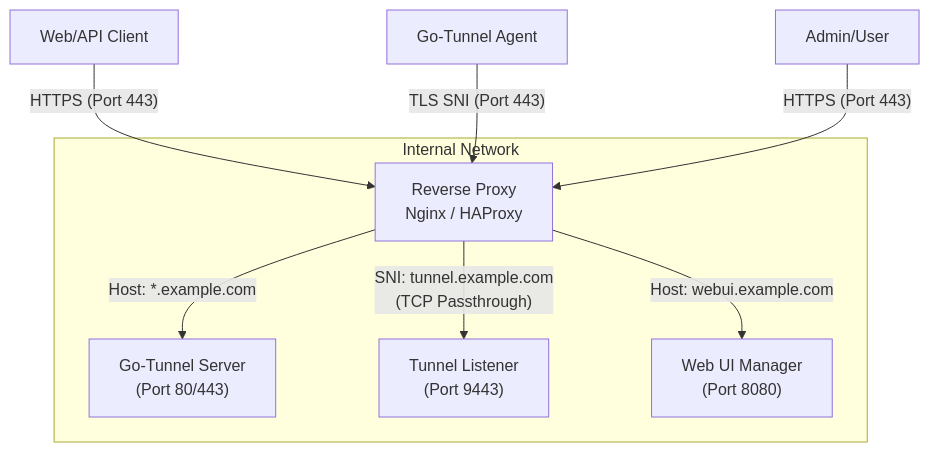
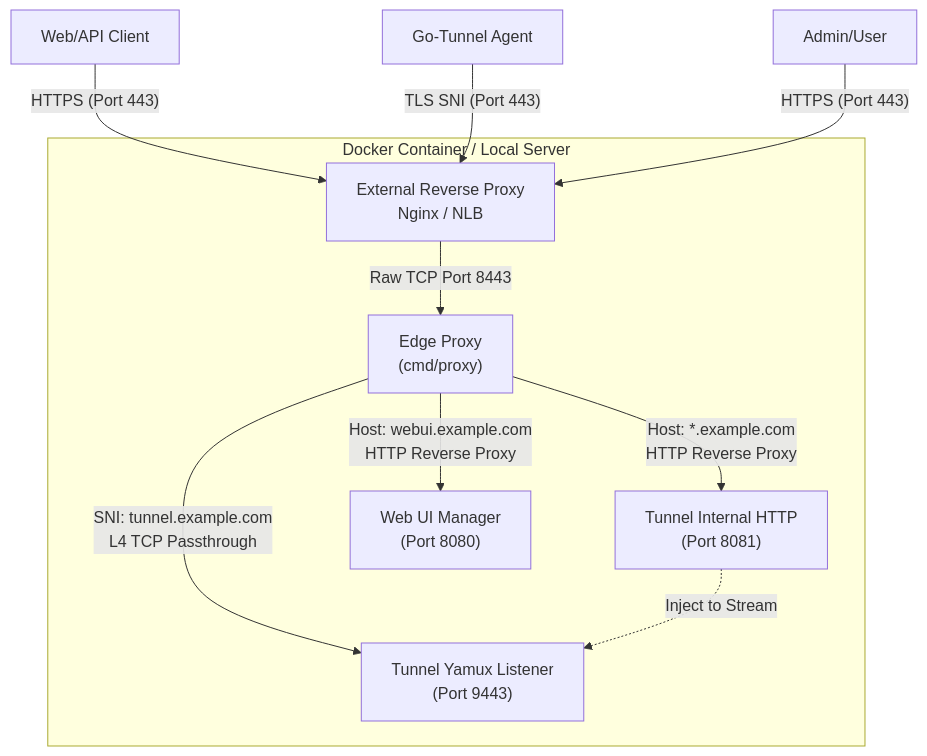
One commit to kal72/go-tunnel changed the diagram in README.md. Above: the diagram before and after it, drawn with Mermaid. The commit also changed other lines of this file and 2 other files, not shown here.

Commit message:
refactor: split server into separate proxy and tunnel services for improved architecture

````diff
--- a/README.md
+++ b/README.md
@@ -125,12 +129,16 @@
 ```mermaid
 graph TD
-    Client[Web/API Client] -->|"HTTPS (Port 443)"| RP[Reverse Proxy<br>Nginx / HAProxy]
-    Agent[Go-Tunnel Agent] -->|"TLS SNI (Port 443)"| RP
-    Admin[Admin/User] -->|"HTTPS (Port 443)"| RP
+    Client[Web/API Client] -->|"HTTPS (Port 443)"| ExtRP[External Reverse Proxy<br>Nginx / NLB]
+    Agent[Go-Tunnel Agent] -->|"TLS SNI (Port 443)"| ExtRP
+    Admin[Admin/User] -->|"HTTPS (Port 443)"| ExtRP
 
-    subgraph Internal Network
-        RP -- "Host: *.example.com" --> Server["Go-Tunnel Server<br>(Port 80/443)"]
-        RP -- "SNI: tunnel.example.com<br>(TCP Passthrough)" --> Tunnel["Tunnel Listener<br>(Port 9443)"]
-        RP -- "Host: webui.example.com" --> WebUI["Web UI Manager<br>(Port 8080)"]
+    subgraph "Docker Container / Local Server"
+        ExtRP -- "Raw TCP Port 8443" --> EdgeProxy["Edge Proxy<br>(cmd/proxy)"]
+        
+        EdgeProxy -- "Host: *.example.com<br>HTTP Reverse Proxy" --> TunnelHttp["Tunnel Internal HTTP<br>(Port 8081)"]
+        EdgeProxy -- "Host: webui.example.com<br>HTTP Reverse Proxy" --> WebUI["Web UI Manager<br>(Port 8080)"]
+        EdgeProxy -- "SNI: tunnel.example.com<br>L4 TCP Passthrough" --> TunnelTCP["Tunnel Yamux Listener<br>(Port 9443)"]
+        
+        TunnelHttp -.->|"Inject to Stream"| TunnelTCP
     end
 ```
````
